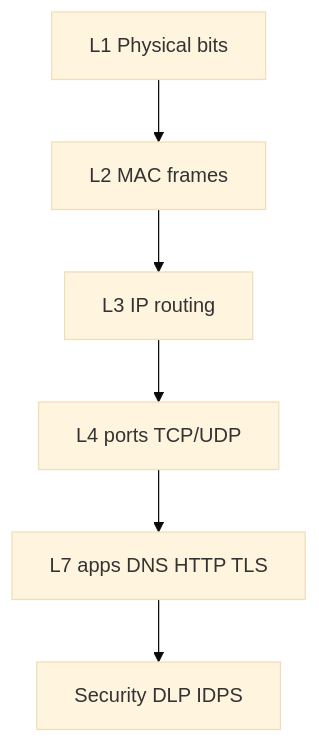
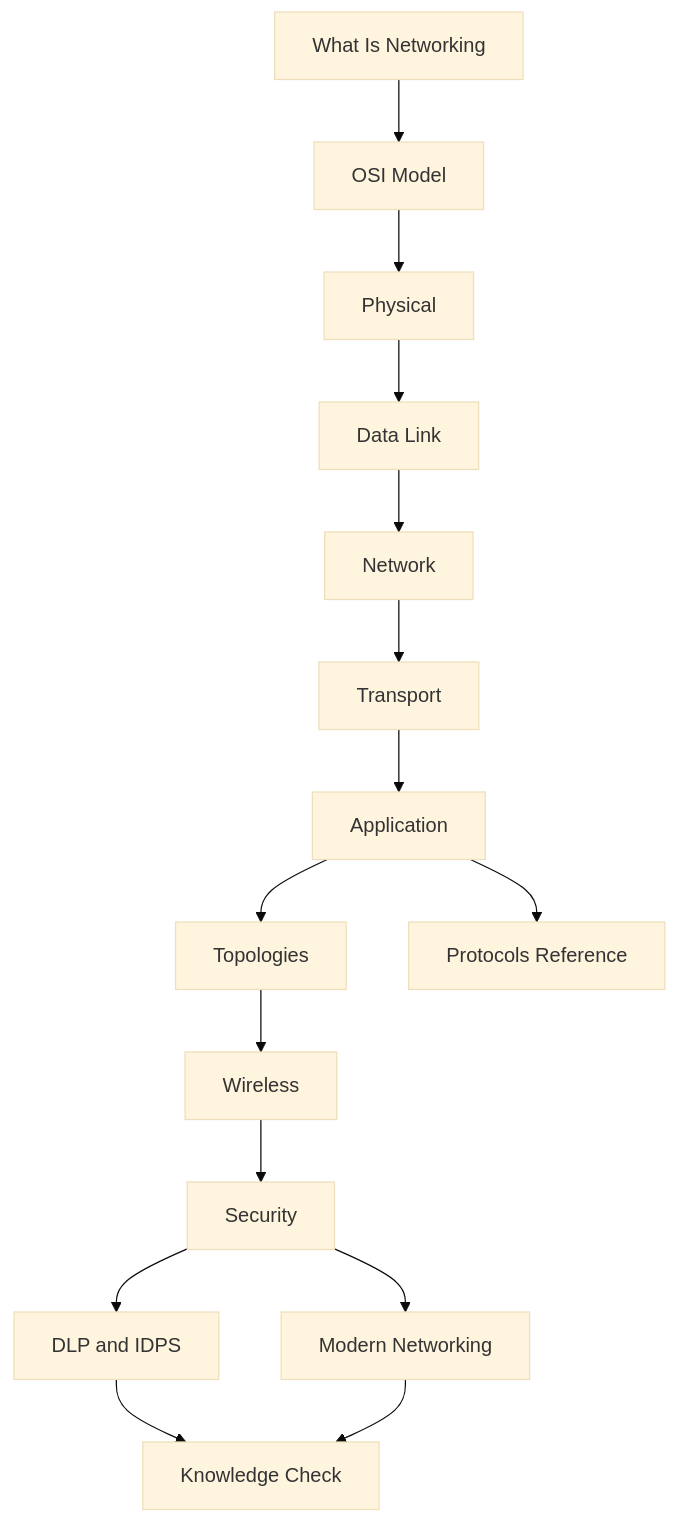
The second of 3 diagrams in learning/14-knowledge-check.md (omnayak27199/pktana), drawn with Mermaid (base theme) before and after one commit. The commit also changed other lines of this file and 14 other files, not shown here.

````diff
--- a/learning/14-knowledge-check.md
+++ b/learning/14-knowledge-check.md
@@ -11,8 +26,17 @@
 ```mermaid
 flowchart TB
-  L1[L1 Physical bits] --> L2[L2 MAC frames]
-  L2 --> L3[L3 IP routing]
-  L3 --> L4[L4 ports TCP/UDP]
-  L4 --> L7[L7 apps DNS HTTP TLS]
-  L7 --> Sec[Security DLP IDPS]
+  Intro[What Is Networking] --> OSI[OSI Model]
+  OSI --> L1[Physical]
+  L1 --> L2[Data Link]
+  L2 --> L3[Network]
+  L3 --> L4[Transport]
+  L4 --> L7[Application]
+  L7 --> Topo[Topologies]
+  Topo --> Wifi[Wireless]
+  Wifi --> Sec[Security]
+  Sec --> DLP[DLP and IDPS]
+  L7 --> Proto[Protocols Reference]
+  Sec --> Modern[Modern Networking]
+  DLP --> Here[Knowledge Check]
+  Modern --> Here
 ```
````
